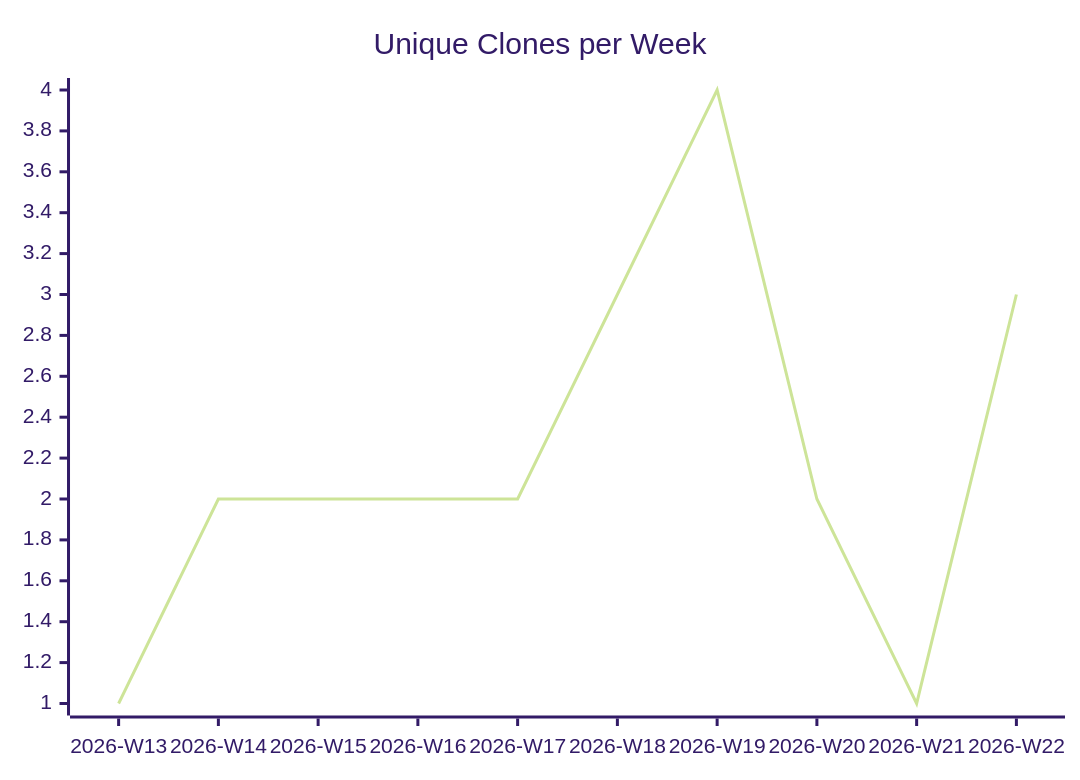
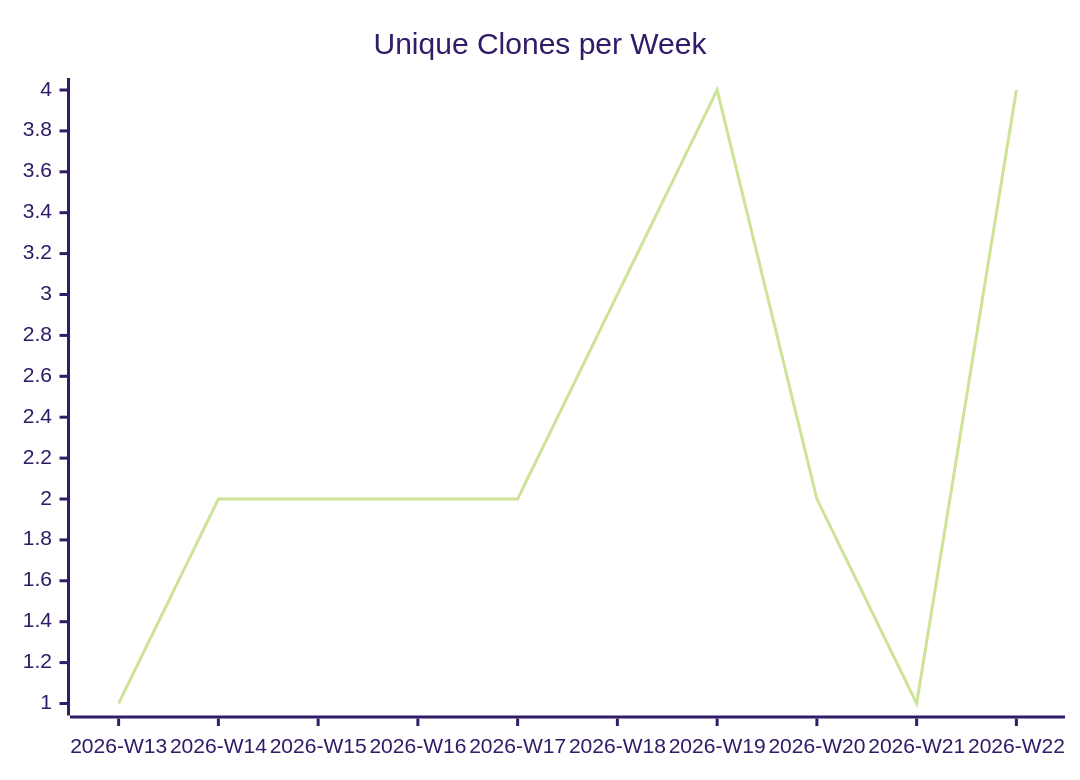
The third of 3 diagrams in karlmdavis/hello-rust-actix/README.md (justdavis-family/github-analytics-data), drawn with Mermaid (forest theme) before and after one commit. The commit also changed other lines of this file and 189 other files, not shown here.

````diff
--- a/karlmdavis/hello-rust-actix/README.md
+++ b/karlmdavis/hello-rust-actix/README.md
@@ -19,6 +19,6 @@
 ```mermaid
 xychart-beta
   title "Unique Clones per Week"
   x-axis ["2026-W13", "2026-W14", "2026-W15", "2026-W16", "2026-W17", "2026-W18", "2026-W19", "2026-W20", "2026-W21", "2026-W22"]
-  line [1, 2, 2, 2, 2, 3, 4, 2, 1, 3]
+  line [1, 2, 2, 2, 2, 3, 4, 2, 1, 4]
 ```
````
